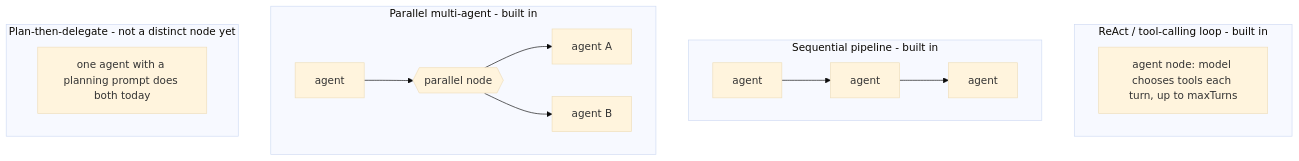
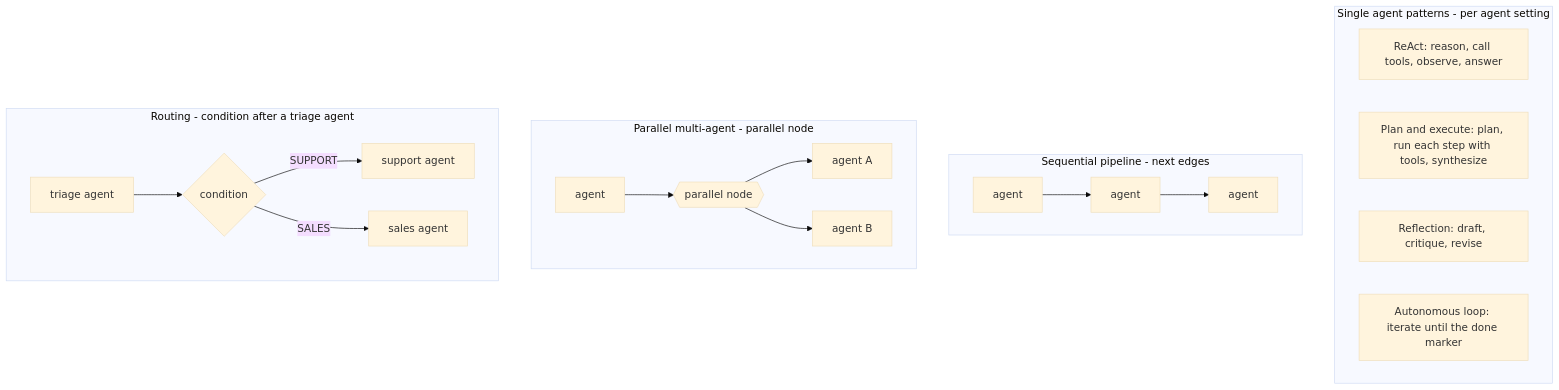
Before and after one commit to deepfinery/OpenHarness: the sixth of 6 diagrams in README.md, drawn with Mermaid (base theme). The commit also changed other lines of this file and 34 other files, not shown here.

````diff
--- a/README.md
+++ b/README.md
@@ -286,17 +332,22 @@
 ```mermaid
 flowchart TD
-  subgraph "ReAct / tool-calling loop - built in"
-    A1["agent node: model chooses tools each turn, up to maxTurns"]
+  subgraph "Single agent patterns - per agent setting"
+    A1["ReAct: reason, call tools, observe, answer"]
+    A2["Plan and execute: plan, run each step with tools, synthesize"]
+    A3["Reflection: draft, critique, revise"]
+    A4["Autonomous loop: iterate until the done marker"]
   end
-  subgraph "Sequential pipeline - built in"
+  subgraph "Sequential pipeline - next edges"
     S1[agent] --> S2[agent] --> S3[agent]
   end
-  subgraph "Parallel multi-agent - built in"
+  subgraph "Parallel multi-agent - parallel node"
     P0[agent] --> P1{{parallel node}}
     P1 --> P2[agent A]
     P1 --> P3[agent B]
   end
-  subgraph "Plan-then-delegate - not a distinct node yet"
-    Pl["one agent with a planning prompt does both today"]
+  subgraph "Routing - condition after a triage agent"
+    R0[triage agent] --> R1{condition}
+    R1 -->|SUPPORT| R2[support agent]
+    R1 -->|SALES| R3[sales agent]
   end
 ```
````
